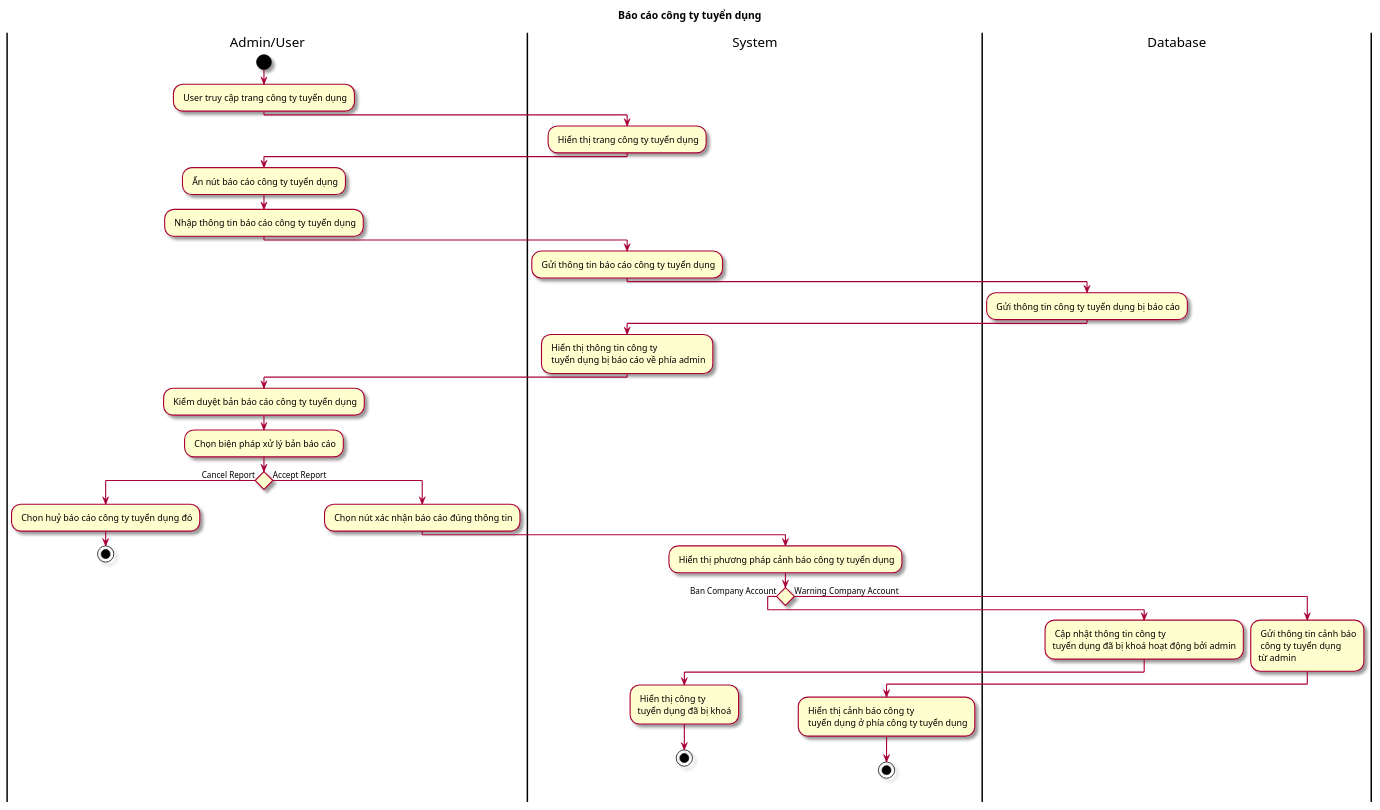
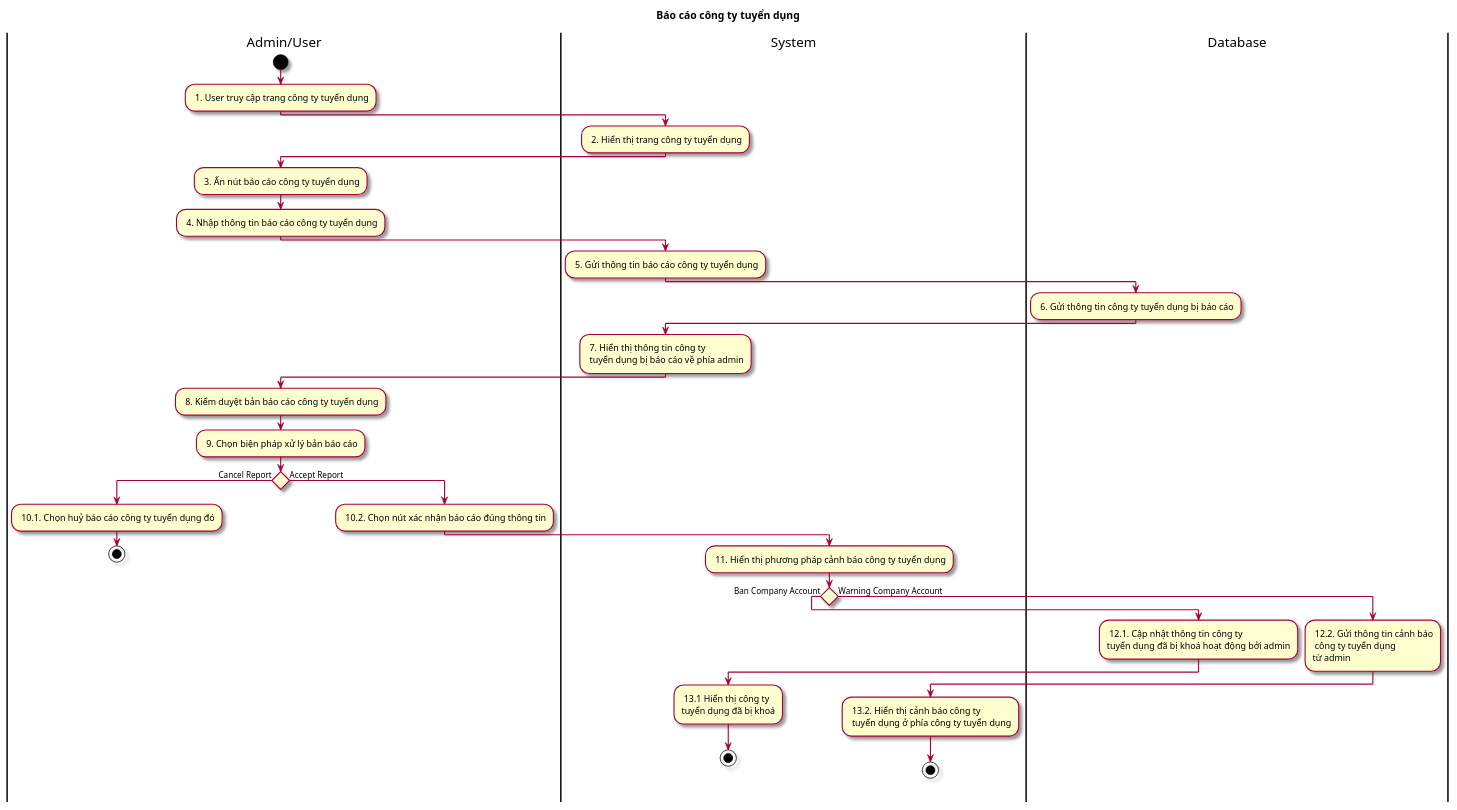
One commit to Griselda4774/EAS-EmploymentAssistanceSystem changed the diagram in Lab1/Lab 1.2 Diagram/Activity/FileUML/4.2 ActBaoCaoCongTy.puml. Above: the diagram before and after it, drawn with PlantUML. The commit also changed 44 other files, not shown here.

Commit message:
update act diagram

```diff
--- a/Lab1/Lab 1.2 Diagram/Activity/FileUML/4.2 ActBaoCaoCongTy.puml
+++ b/Lab1/Lab 1.2 Diagram/Activity/FileUML/4.2 ActBaoCaoCongTy.puml
@@ -1,41 +1,41 @@
 @startuml ActBaoCaoBaiDang
 skin rose
 title Báo cáo công ty tuyển dụng
 |Admin/User|
 start
-: User truy cập trang công ty tuyển dụng;
+: 1. User truy cập trang công ty tuyển dụng;
 |System|
-: Hiển thị trang công ty tuyển dụng;
+: 2. Hiển thị trang công ty tuyển dụng;
 |Admin/User|
-: Ấn nút báo cáo công ty tuyển dụng;
-: Nhập thông tin báo cáo công ty tuyển dụng;
+: 3. Ấn nút báo cáo công ty tuyển dụng;
+: 4. Nhập thông tin báo cáo công ty tuyển dụng;
 |System|
-: Gửi thông tin báo cáo công ty tuyển dụng;
+: 5. Gửi thông tin báo cáo công ty tuyển dụng;
 |Database|
-: Gửi thông tin công ty tuyển dụng bị báo cáo;
+: 6. Gửi thông tin công ty tuyển dụng bị báo cáo;
 |System|
-: Hiển thị thông tin công ty \n tuyển dụng bị báo cáo về phía admin;
+: 7. Hiển thị thông tin công ty \n tuyển dụng bị báo cáo về phía admin;
 |Admin/User|
-: Kiểm duyệt bản báo cáo công ty tuyển dụng;
-: Chọn biện pháp xử lý bản báo cáo;
+: 8. Kiểm duyệt bản báo cáo công ty tuyển dụng;
+: 9. Chọn biện pháp xử lý bản báo cáo;
 if () then (Cancel Report)
-: Chọn huỷ báo cáo công ty tuyển dụng đó;
+: 10.1. Chọn huỷ báo cáo công ty tuyển dụng đó;
 stop
 else (Accept Report)
-: Chọn nút xác nhận báo cáo đúng thông tin;
+: 10.2. Chọn nút xác nhận báo cáo đúng thông tin;
 |System|
-: Hiển thị phương pháp cảnh báo công ty tuyển dụng;
+: 11. Hiển thị phương pháp cảnh báo công ty tuyển dụng;
 if () then (Ban Company Account)
 |Database|
-: Cập nhật thông tin công ty \ntuyển dụng đã bị khoá hoạt động bởi admin;
+: 12.1. Cập nhật thông tin công ty \ntuyển dụng đã bị khoá hoạt động bởi admin;
 |System|
-: Hiển thị công ty \ntuyển dụng đã bị khoá;
+: 13.1 Hiển thị công ty \ntuyển dụng đã bị khoá;
 stop
 else (Warning Company Account)
 |Database|
-: Gửi thông tin cảnh báo\n công ty tuyển dụng\ntừ admin;
+: 12.2. Gửi thông tin cảnh báo\n công ty tuyển dụng\ntừ admin;
 |System|
-: Hiển thị cảnh báo công ty\n tuyển dụng ở phía công ty tuyển dụng;
+: 13.2. Hiển thị cảnh báo công ty\n tuyển dụng ở phía công ty tuyển dụng;
 stop
 
 @enduml
```
